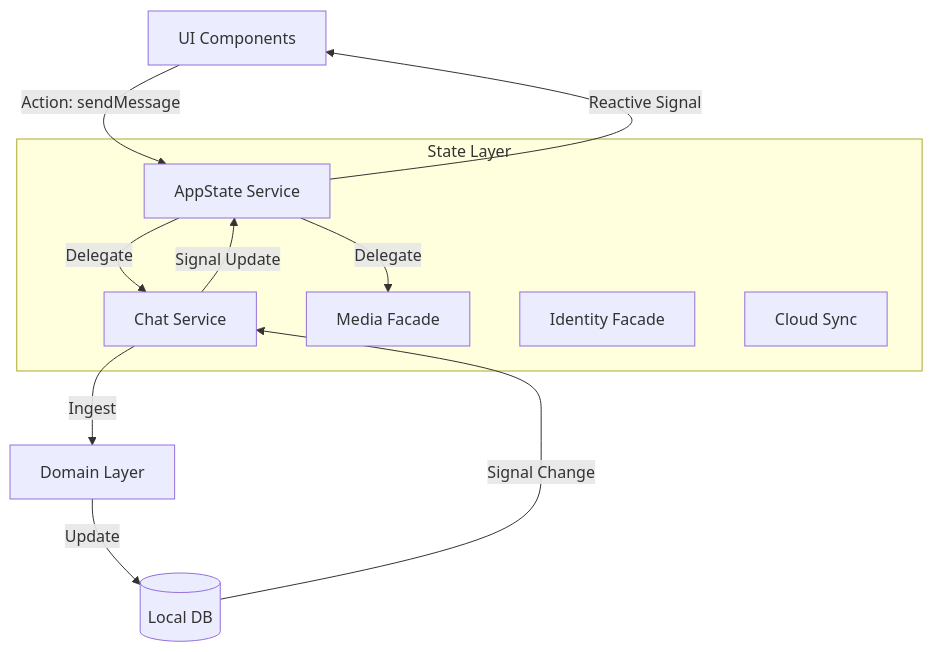
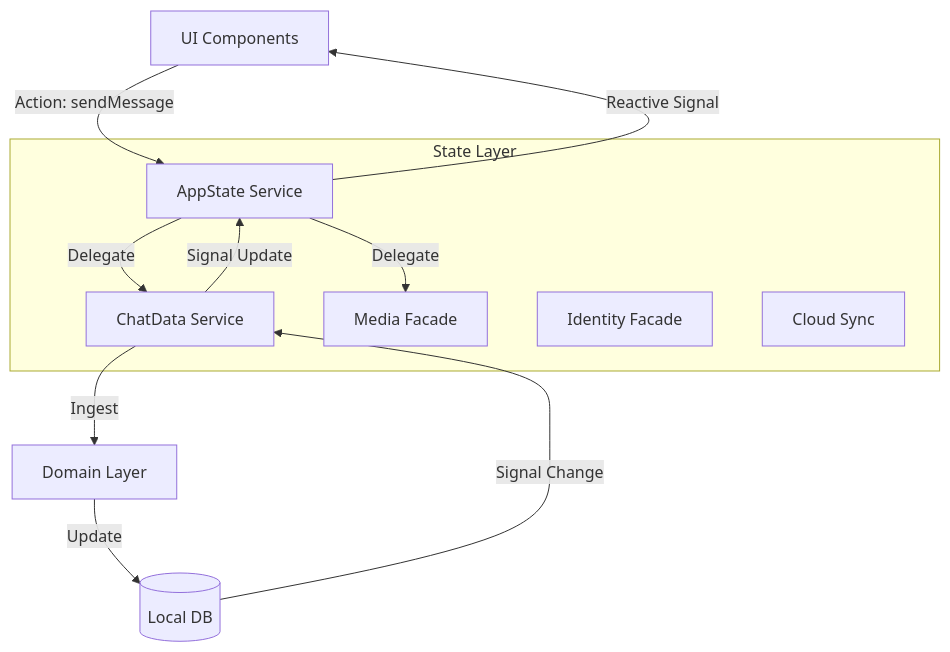
The diagram in libs/messenger/state/readme.md (tinywideclouds/nx-platform-application), drawn with Mermaid before and after one commit. The commit also changed other lines of this file and 57 other files, not shown here.

````diff
--- a/libs/messenger/state/readme.md
+++ b/libs/messenger/state/readme.md
@@ -37,20 +37,20 @@
 ```mermaid
 graph TD
     UI[UI Components] -->|Action: sendMessage| APP[AppState Service]
-    APP -->|Delegate| CHAT[Chat Service]
+    APP -->|Delegate| CHAT-DATA[ChatData Service]
     APP -->|Delegate| MEDIA[Media Facade]
 
     subgraph "State Layer"
     APP
-    CHAT
+    CHAT-DATA
     MEDIA
     ID[Identity Facade]
     SYNC[Cloud Sync]
     end
 
-    CHAT -->|Ingest| DOMAIN[Domain Layer]
+    CHAT-DATA -->|Ingest| DOMAIN[Domain Layer]
     DOMAIN -->|Update| DB[(Local DB)]
-    DB -->|Signal Change| CHAT
-    CHAT -->|Signal Update| APP
+    DB -->|Signal Change| CHAT-DATA
+    CHAT-DATA -->|Signal Update| APP
     APP -->|Reactive Signal| UI
 ```
````
